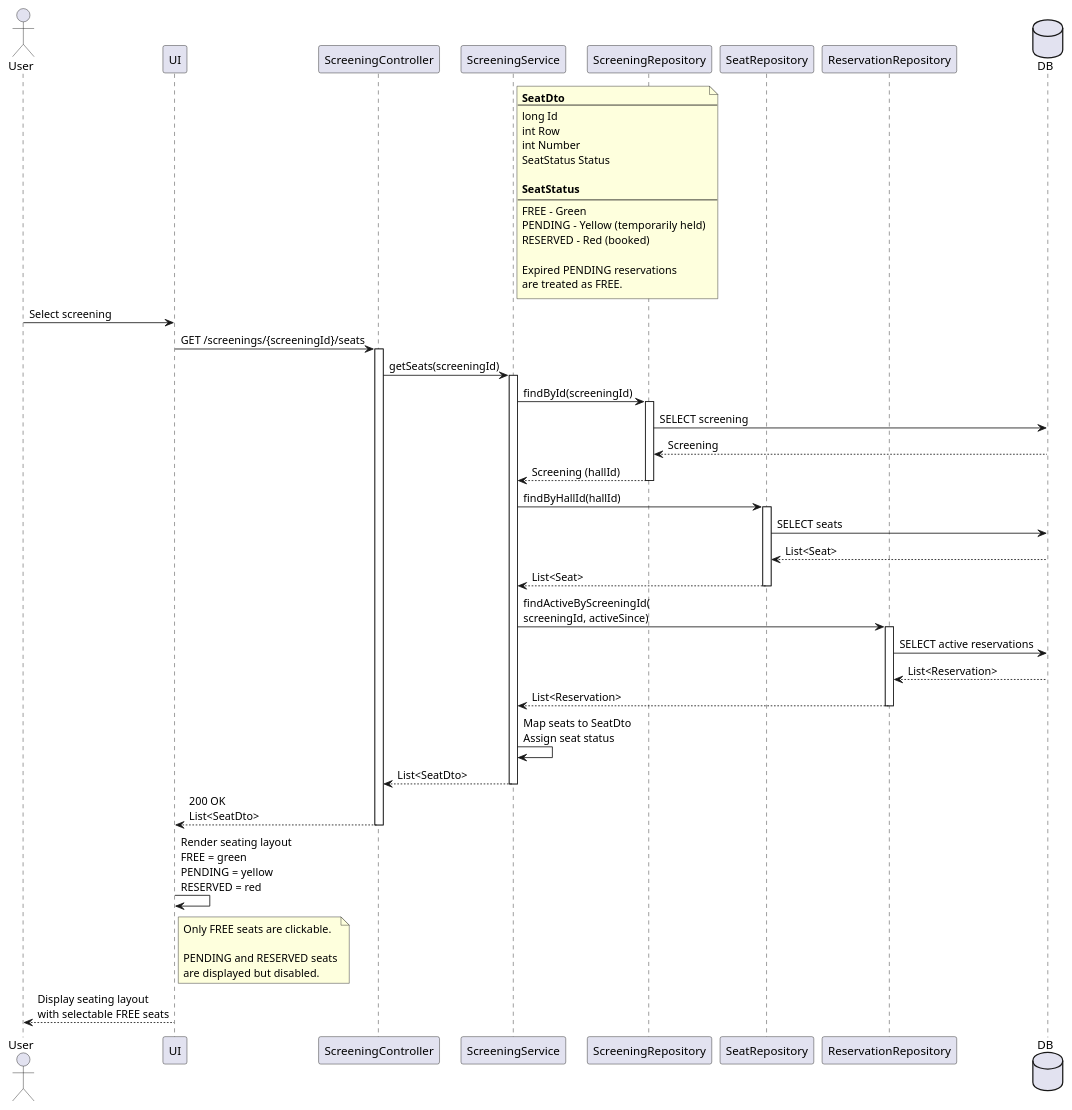
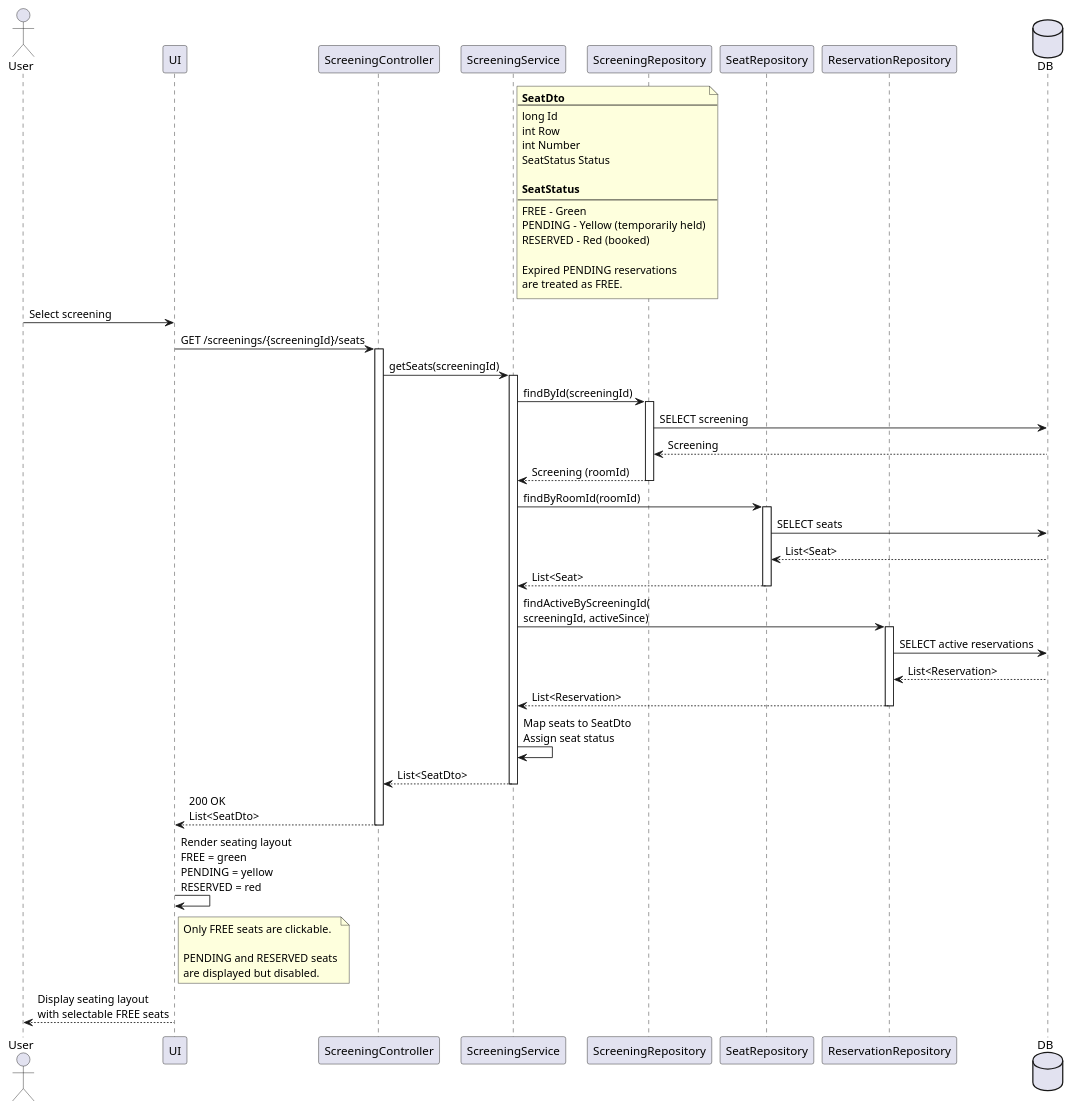
One commit to MatinoTekkit/swi_cinema changed the diagram in diagrams/Sequence/View Screening Seats Sequence.puml. Above: the diagram before and after it, drawn with PlantUML. The commit also changed 1 other file, not shown here.

Commit message:
fix room name

```diff
--- a/diagrams/Sequence/View Screening Seats Sequence.puml
+++ b/diagrams/Sequence/View Screening Seats Sequence.puml
@@ -2,84 +2,84 @@
 @startuml View Screening Seats Sequence
 
 actor User
 participant UI
 participant ScreeningController
 participant ScreeningService
 participant ScreeningRepository
 participant SeatRepository
 participant ReservationRepository
 database DB
 
 note right of ScreeningService
     **SeatDto**
     --
     long Id
     int Row
     int Number
     SeatStatus Status
 
     **SeatStatus**
     --
     FREE - Green
     PENDING - Yellow (temporarily held)
     RESERVED - Red (booked)
 
     Expired PENDING reservations
     are treated as FREE.
 end note
 
 User -> UI: Select screening
 
 UI -> ScreeningController: GET /screenings/{screeningId}/seats
 activate ScreeningController
 
 ScreeningController -> ScreeningService: getSeats(screeningId)
 activate ScreeningService
 
 ScreeningService -> ScreeningRepository: findById(screeningId)
 activate ScreeningRepository
 
 ScreeningRepository -> DB: SELECT screening
 DB --> ScreeningRepository: Screening
 
-ScreeningRepository --> ScreeningService: Screening (hallId)
+ScreeningRepository --> ScreeningService: Screening (roomId)
 deactivate ScreeningRepository
 
-ScreeningService -> SeatRepository: findByHallId(hallId)
+ScreeningService -> SeatRepository: findByRoomId(roomId)
 activate SeatRepository
 
 SeatRepository -> DB: SELECT seats
 DB --> SeatRepository: List<Seat>
 
 SeatRepository --> ScreeningService: List<Seat>
 deactivate SeatRepository
 
 ScreeningService -> ReservationRepository: findActiveByScreeningId(\nscreeningId, activeSince)
 activate ReservationRepository
 
 ReservationRepository -> DB: SELECT active reservations
 DB --> ReservationRepository: List<Reservation>
 
 ReservationRepository --> ScreeningService: List<Reservation>
 deactivate ReservationRepository
 
 ScreeningService -> ScreeningService: Map seats to SeatDto\nAssign seat status
 
 ScreeningService --> ScreeningController: List<SeatDto>
 deactivate ScreeningService
 
 ScreeningController --> UI: 200 OK\nList<SeatDto>
 deactivate ScreeningController
 
 UI -> UI: Render seating layout\nFREE = green\nPENDING = yellow\nRESERVED = red
 
 note right of UI
     Only FREE seats are clickable.
 
     PENDING and RESERVED seats
     are displayed but disabled.
 end note
 
 UI --> User: Display seating layout\nwith selectable FREE seats
 
 @enduml
```
